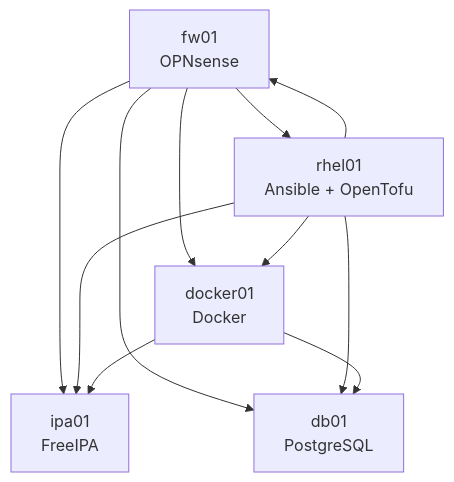
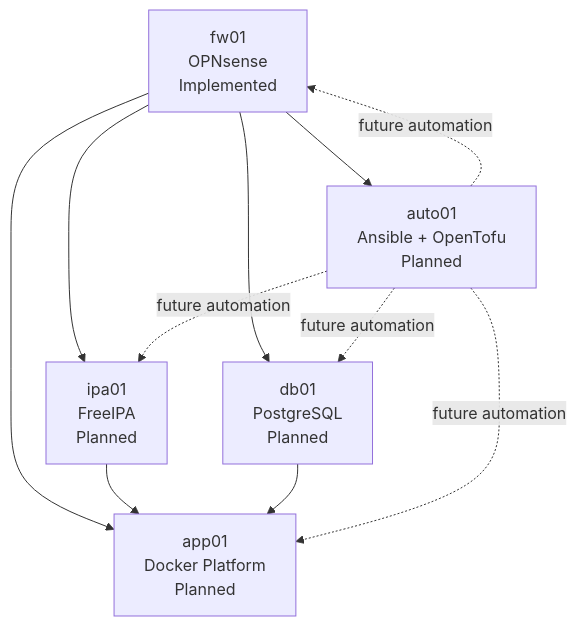
Before and after one commit to O2BUCAK/EnterpriseReferenceArchitecture: the fourth of 4 diagrams in docs/resource-matrix/vm-resource-matrix.md, drawn with Mermaid. The commit also changed other lines of this file, not shown here.

Commit message:
docs: align VM resource matrix with reference architecture

````diff
--- a/docs/resource-matrix/vm-resource-matrix.md
+++ b/docs/resource-matrix/vm-resource-matrix.md
@@ -583,23 +308,20 @@
 ```mermaid
 flowchart TD
-
-    FW["fw01<br/>OPNsense"]
-
-    IPA["ipa01<br/>FreeIPA"]
-    PG["db01<br/>PostgreSQL"]
-    DOCKER["docker01<br/>Docker"]
-    RHEL["rhel01<br/>Ansible + OpenTofu"]
+    FW["fw01<br/>OPNsense<br/>Implemented"]
+    IPA["ipa01<br/>FreeIPA<br/>Planned"]
+    DB["db01<br/>PostgreSQL<br/>Planned"]
+    APP["app01<br/>Docker Platform<br/>Planned"]
+    AUTO["auto01<br/>Ansible + OpenTofu<br/>Planned"]
 
     FW --> IPA
-    FW --> PG
-    FW --> DOCKER
-    FW --> RHEL
+    FW --> DB
+    FW --> APP
+    FW --> AUTO
 
-    RHEL --> FW
-    RHEL --> IPA
-    RHEL --> PG
-    RHEL --> DOCKER
-
-    DOCKER --> IPA
-    DOCKER --> PG
+    IPA --> APP
+    DB --> APP
+    AUTO -. "future automation" .-> FW
+    AUTO -. "future automation" .-> IPA
+    AUTO -. "future automation" .-> DB
+    AUTO -. "future automation" .-> APP
 ```
````
